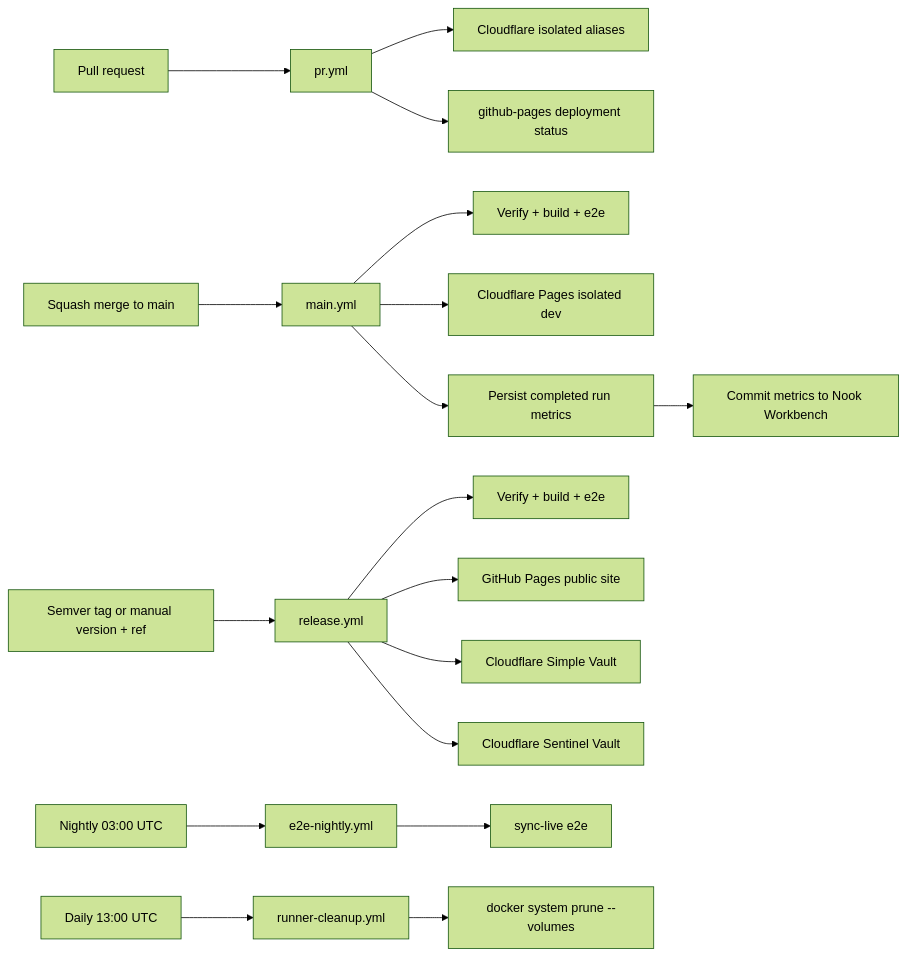
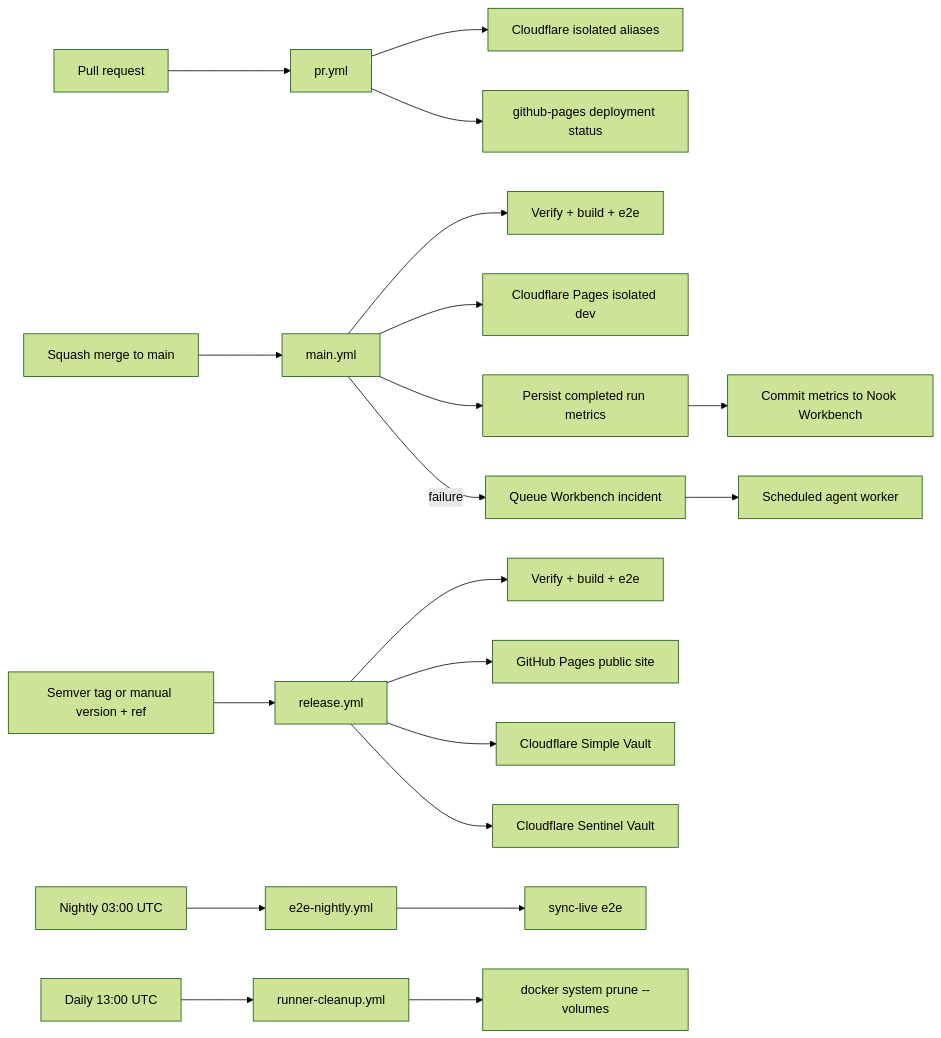
The diagram in .cortex/workflows/ci-pipeline.md (meta-secret/nook), drawn with Mermaid (forest theme) before and after one commit. The commit also changed other lines of this file and 5 other files, not shown here.

Commit message:
Coalesce Main builds and queue failures

````diff
--- a/.cortex/workflows/ci-pipeline.md
+++ b/.cortex/workflows/ci-pipeline.md
@@ -26,24 +27,26 @@
 ```mermaid
 flowchart LR
   PR[Pull request] --> pr_yml[pr.yml]
   pr_yml --> preview[Cloudflare isolated aliases]
   pr_yml --> pr_deployment[github-pages deployment status]
 
   merge[Squash merge to main] --> main_yml[main.yml]
   main_yml --> main_verify[Verify + build + e2e]
   main_yml --> cf_dev[Cloudflare Pages isolated dev]
   main_yml --> main_stats[Persist completed run metrics]
   main_stats --> workbench_stats[Commit metrics to Nook Workbench]
+  main_yml -->|failure| main_failure[Queue Workbench incident]
+  main_failure --> agent_worker[Scheduled agent worker]
 
   release[Semver tag or manual version + ref] --> release_yml[release.yml]
   release_yml --> release_verify[Verify + build + e2e]
   release_yml --> pages[GitHub Pages public site]
   release_yml --> simple_cf[Cloudflare Simple Vault]
   release_yml --> sentinel_cf[Cloudflare Sentinel Vault]
 
   cron[Nightly 03:00 UTC] --> nightly[e2e-nightly.yml]
   nightly --> e2e_live[sync-live e2e]
 
   cleanup_cron[Daily 13:00 UTC] --> cleanup[runner-cleanup.yml]
   cleanup --> docker_prune["docker system prune --volumes"]
 ```
````
